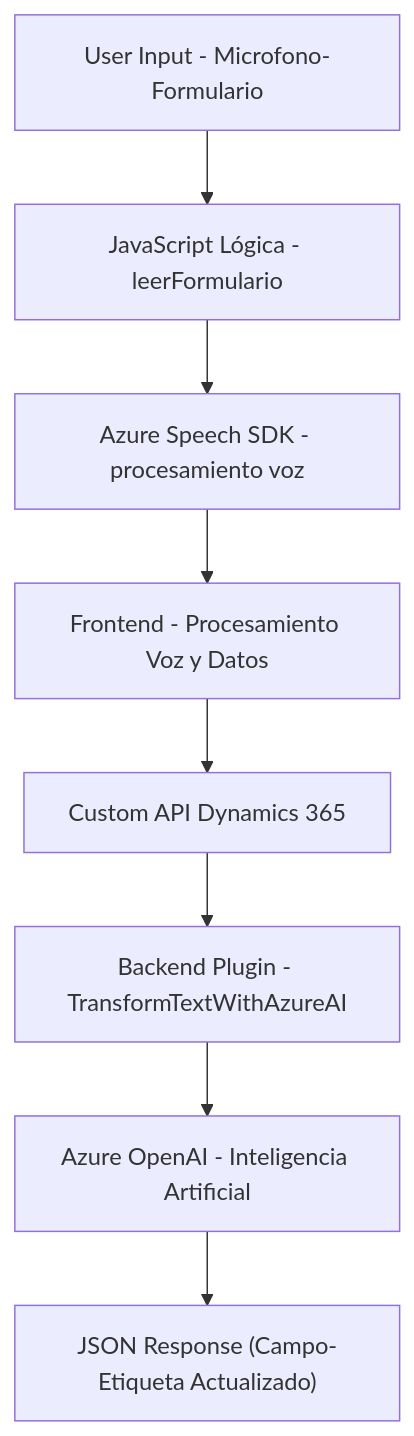
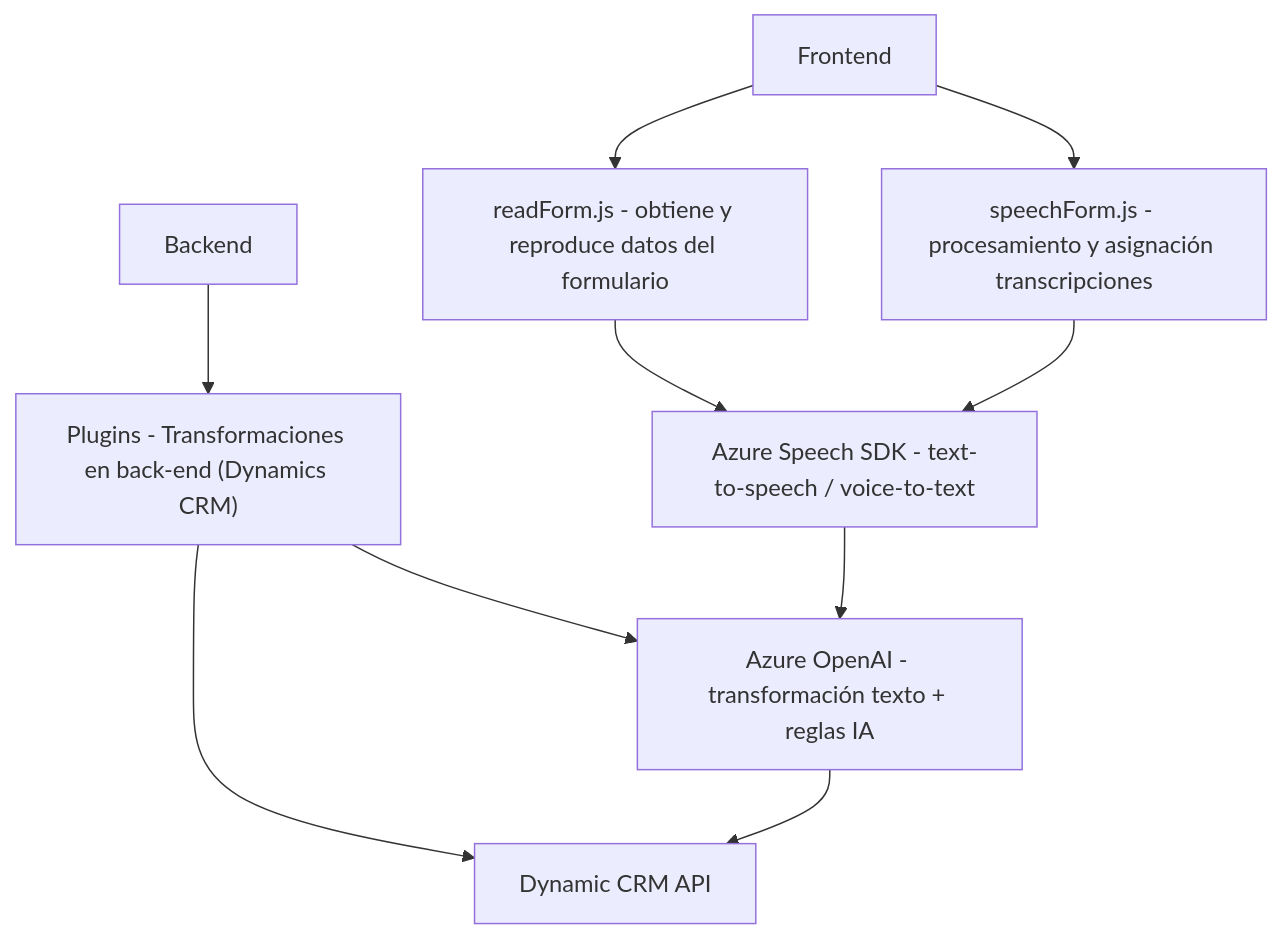
Before and after one commit to blopezdm/NETCORE_BILBAO2025: the diagram in README.md, drawn with Mermaid. The commit also changed other lines of this file, not shown here.

````diff
--- a/README.md
+++ b/README.md
@@ -32,19 +40,23 @@
 ```mermaid
 graph TD
-    A["User Input - Microfono-Formulario"]
-    B["JavaScript Lógica - leerFormulario"]
-    C["Azure Speech SDK - procesamiento voz"]
-    D["Frontend - Procesamiento Voz y Datos"]
-    E["Custom API Dynamics 365"]
-    F["Backend Plugin - TransformTextWithAzureAI"]
-    G["Azure OpenAI - Inteligencia Artificial"]
-    H["JSON Response (Campo-Etiqueta Actualizado)"]
+A["Frontend"]
+B["Backend"]
 
-    A --> B
-    B --> C
-    C --> D
-    D --> E
-    E --> F
-    F --> G
-    G --> H
+A1["readForm.js - obtiene y reproduce datos del formulario"]
+A2["speechForm.js - procesamiento y asignación transcripciones"]
+B1["Plugins - Transformaciones en back-end (Dynamics CRM)"]
+
+Service1["Azure Speech SDK - text-to-speech / voice-to-text"]
+Service2["Azure OpenAI - transformación texto + reglas IA"]
+Service3["Dynamic CRM API"]
+
+A --> A1
+A --> A2
+A1 --> Service1
+A2 --> Service1
+B --> B1
+B1 --> Service2
+B1 --> Service3
+Service1 --> Service2
+Service2 --> Service3
 ```
````
